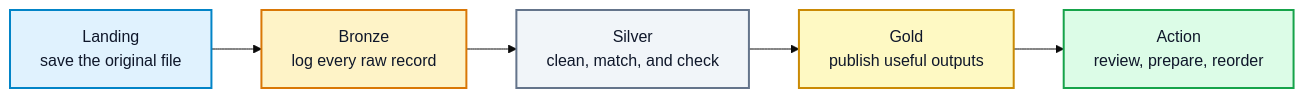
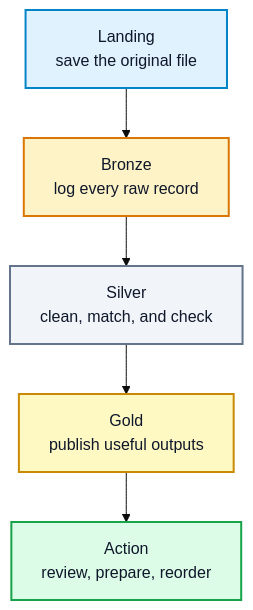
The second of 3 diagrams in README.md (JoshuaOforisurg/surgical-data-platform), drawn with Mermaid (base theme) before and after one commit. The commit also changed other lines of this file, not shown here.

Commit message:
docs: simplify platform architecture overview

````diff
--- a/README.md
+++ b/README.md
@@ -192,22 +162,22 @@
 ```mermaid
-flowchart LR
-    Landing["Landing\nsave the original file"]
-    Bronze["Bronze\nlog every raw record"]
-    Silver["Silver\nclean, match, and check"]
-    Gold["Gold\npublish useful outputs"]
-    Action["Action\nreview, prepare, reorder"]
+flowchart TB
+    A["Landing\nsave the original file"]
+    B["Bronze\nlog every raw record"]
+    C["Silver\nclean, match, and check"]
+    D["Gold\npublish useful outputs"]
+    E["Action\nreview, prepare, reorder"]
 
-    Landing --> Bronze --> Silver --> Gold --> Action
+    A --> B --> C --> D --> E
 
     classDef landing fill:#E0F2FE,stroke:#0284C7,color:#0F172A,stroke-width:2px
     classDef bronze fill:#FEF3C7,stroke:#D97706,color:#0F172A,stroke-width:2px
     classDef silver fill:#F1F5F9,stroke:#64748B,color:#0F172A,stroke-width:2px
     classDef gold fill:#FEF9C3,stroke:#CA8A04,color:#0F172A,stroke-width:2px
     classDef action fill:#DCFCE7,stroke:#16A34A,color:#0F172A,stroke-width:2px
 
-    class Landing landing
-    class Bronze bronze
-    class Silver silver
-    class Gold gold
-    class Action action
+    class A landing
+    class B bronze
+    class C silver
+    class D gold
+    class E action
 ```
````
